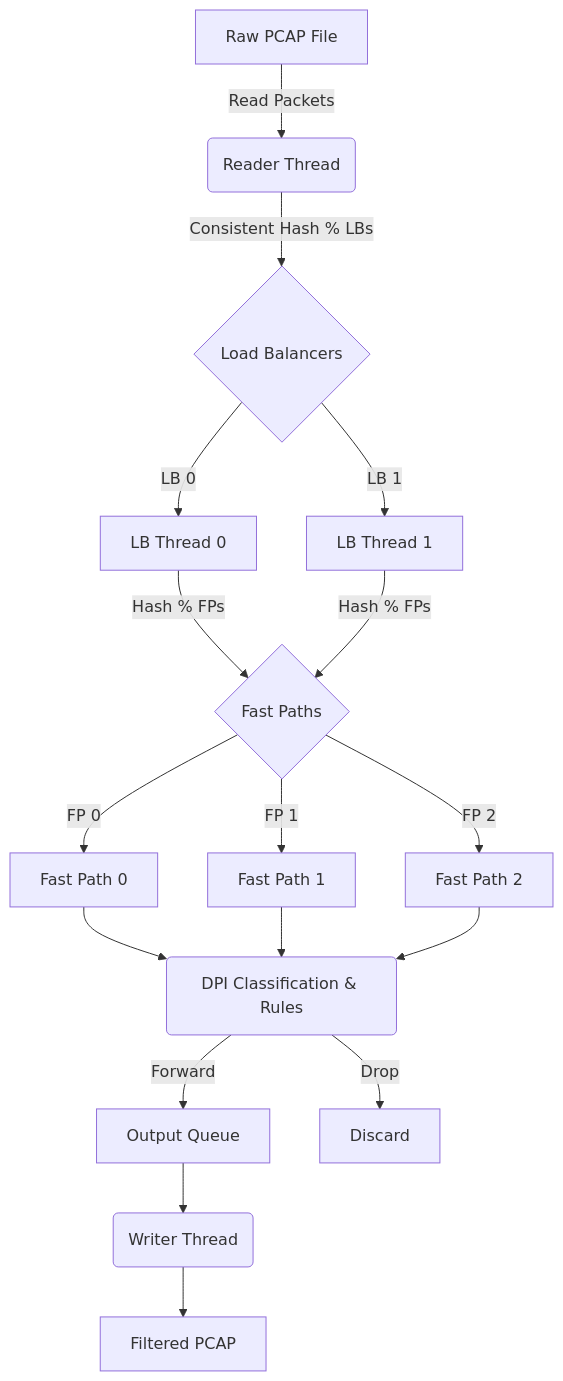
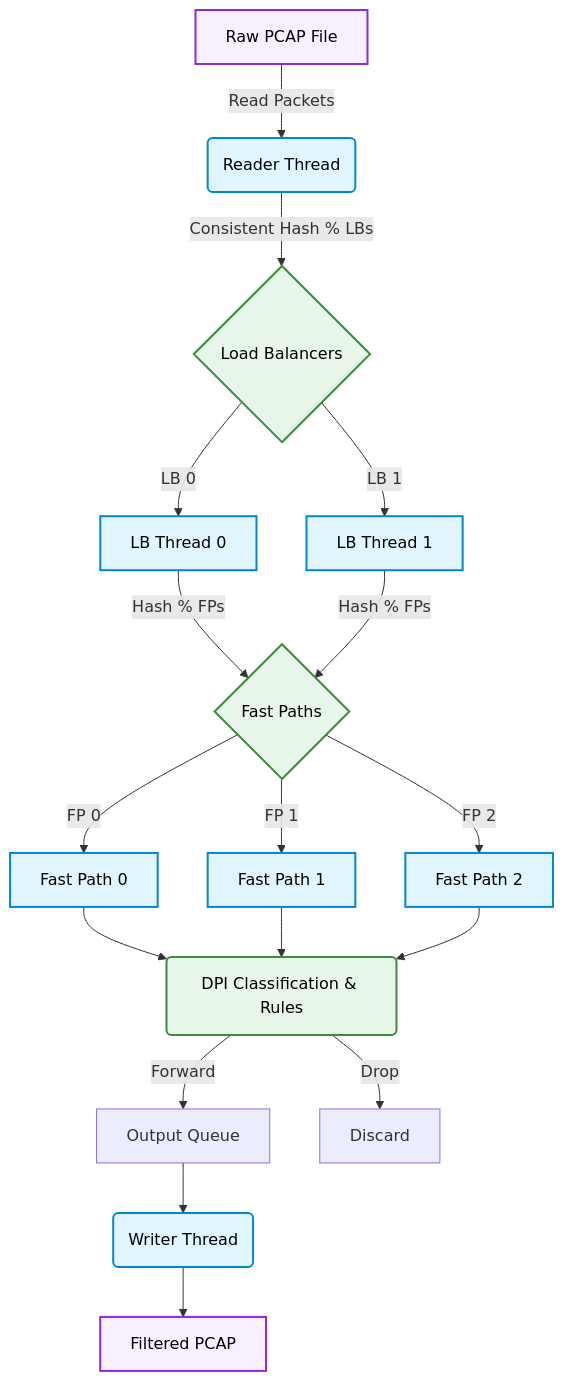
The diagram in README.md (Shashank17singh/DPI-Engine), drawn with Mermaid before and after one commit. The commit also changed other lines of this file, not shown here.

Commit message:
update readme with curriculum context and mermaid styling

````diff
--- a/README.md
+++ b/README.md
@@ -42,24 +42,32 @@
 ```mermaid
 graph TD
     A[Raw PCAP File] -->|Read Packets| B(Reader Thread)
     B -->|Consistent Hash % LBs| C{Load Balancers}
     
     C -->|LB 0| D[LB Thread 0]
     C -->|LB 1| E[LB Thread 1]
     
     D -->|Hash % FPs| F{Fast Paths}
     E -->|Hash % FPs| F
     
     F -->|FP 0| G[Fast Path 0]
     F -->|FP 1| H[Fast Path 1]
     F -->|FP 2| I[Fast Path 2]
     
     G --> J(DPI Classification & Rules)
     H --> J
     I --> J
     
     J -->|Forward| K[Output Queue]
     J -->|Drop| L[Discard]
     
     K --> M(Writer Thread) --> N[Filtered PCAP]
+
+    classDef io fill:#f9f0ff,stroke:#8a2be2,stroke-width:2px,color:#000;
+    classDef core fill:#e1f5fe,stroke:#0288d1,stroke-width:2px,color:#000;
+    classDef logic fill:#e8f5e9,stroke:#388e3c,stroke-width:2px,color:#000;
+    
+    class A,N io;
+    class B,D,E,G,H,I,M core;
+    class C,F,J logic;
 ```
````
